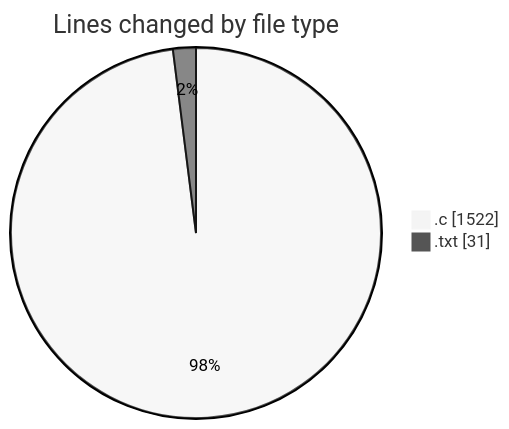
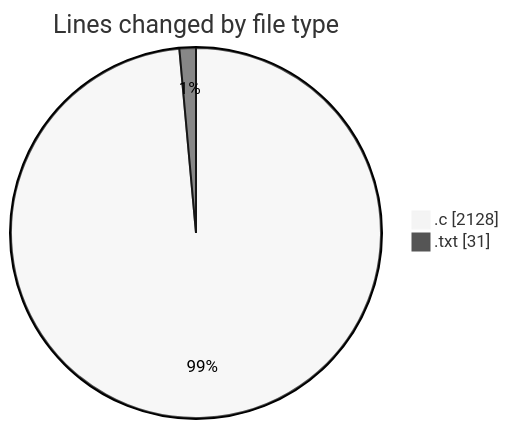
One commit to Ritupan-Deka/code-tracking changed the first of 2 diagrams in 2025-01-26/search/README.md. Above: the diagram before and after it, drawn with Mermaid (neutral theme). The commit also changed other lines of this file and 1 other file, not shown here.

````diff
--- a/2025-01-26/search/README.md
+++ b/2025-01-26/search/README.md
@@ -22,6 +22,6 @@
 ```mermaid
 pie showData
 title Lines changed by file type
-".c" : 1522
+".c" : 2128
 ".txt" : 31
 ```
````
